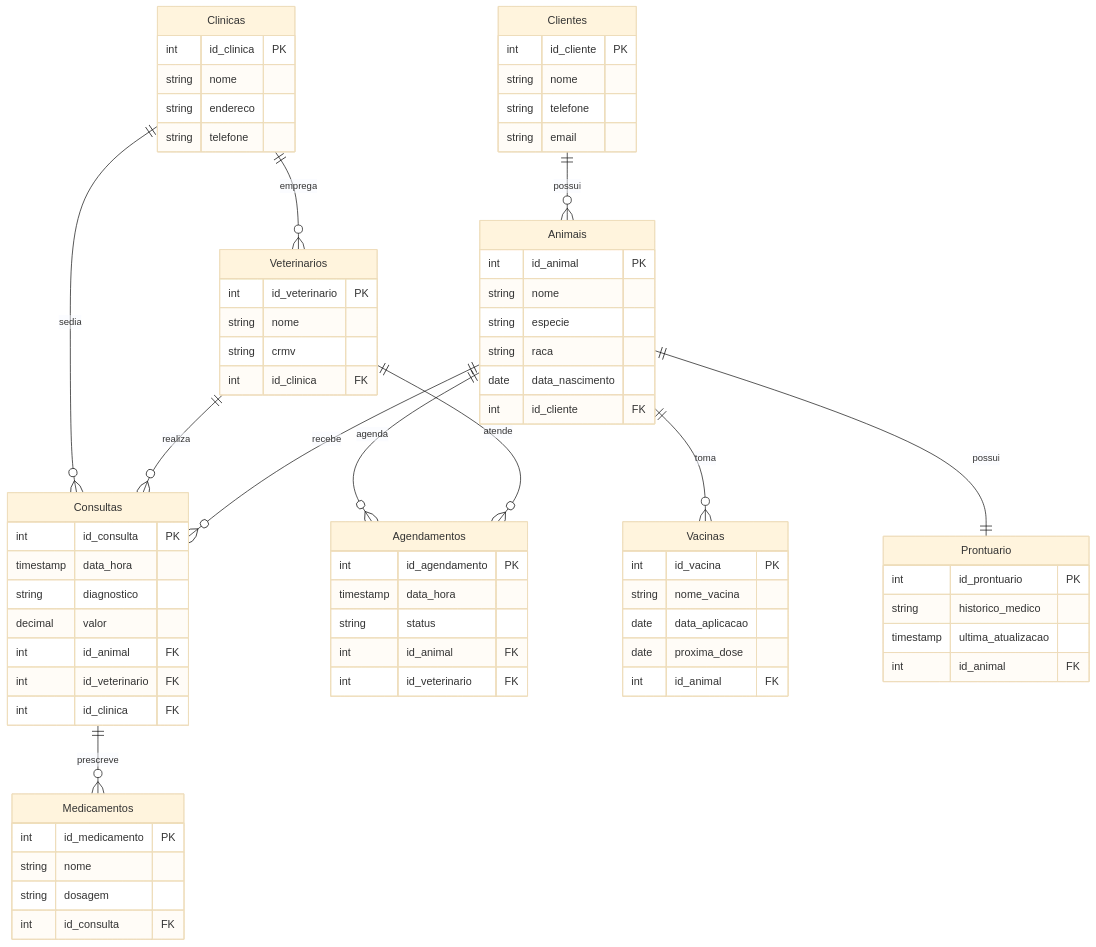
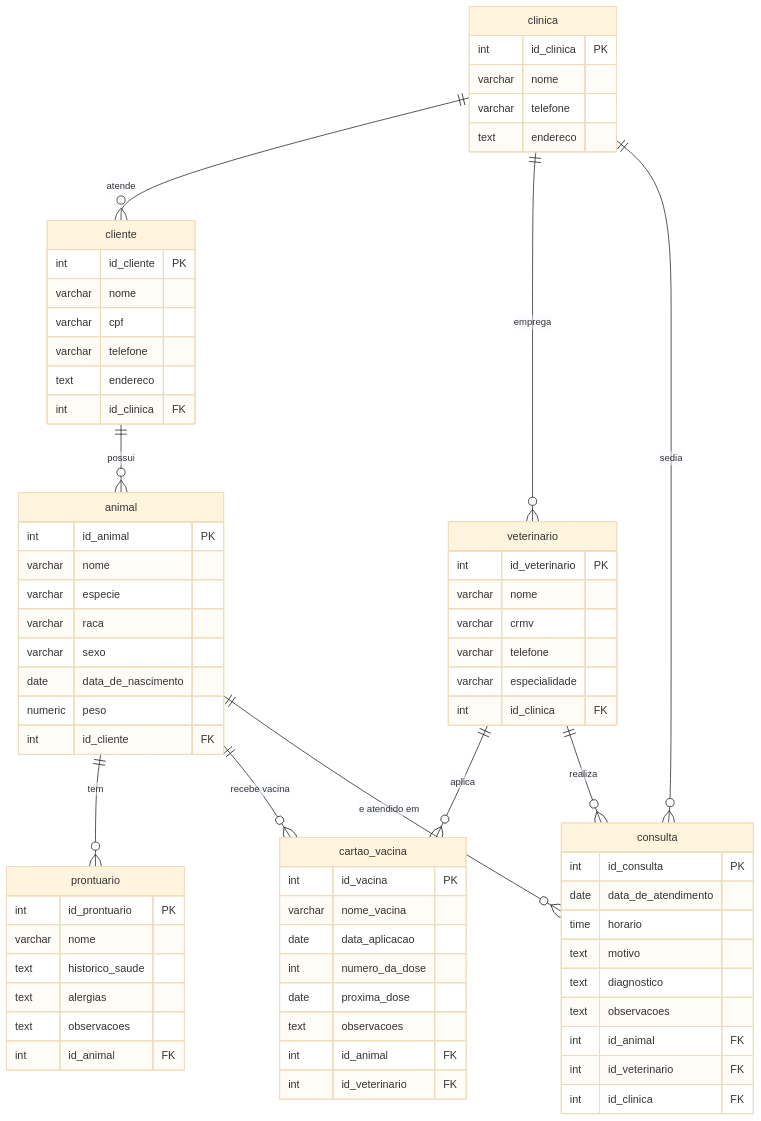
Before and after one commit to Inacioruvina/Banco-de-dados-para-veterinarias: the diagram in docs/diagrama_er.md, drawn with Mermaid (base theme). The commit also changed 11 other files, not shown here.

First line of the commit message:
Alinha schema, conexao e demais arquivos as 7 tabelas no singular

````diff
--- a/docs/diagrama_er.md
+++ b/docs/diagrama_er.md
@@ -1,87 +1,80 @@
 ```mermaid
 erDiagram
-    %% --- MÓDULO 1: CADASTRO BASE & INFRAESTRUTURA ---
-    Clinicas {
+    clinica {
         int id_clinica PK
-        string nome
-        string endereco
-        string telefone
+        varchar nome
+        varchar telefone
+        text endereco
     }
 
-    Clientes {
+    cliente {
         int id_cliente PK
-        string nome
-        string telefone
-        string email
+        varchar nome
+        varchar cpf
+        varchar telefone
+        text endereco
+        int id_clinica FK
     }
 
-    Animais {
+    veterinario {
+        int id_veterinario PK
+        varchar nome
+        varchar crmv
+        varchar telefone
+        varchar especialidade
+        int id_clinica FK
+    }
+
+    animal {
         int id_animal PK
-        string nome
-        string especie
-        string raca
-        date data_nascimento
+        varchar nome
+        varchar especie
+        varchar raca
+        varchar sexo
+        date data_de_nascimento
+        numeric peso
         int id_cliente FK
     }
 
-    %% --- MÓDULO 2: ATENDIMENTO CLÍNICO & CONSULTAS ---
-    Veterinarios {
-        int id_veterinario PK
-        string nome
-        string crmv
-        int id_clinica FK
+    prontuario {
+        int id_prontuario PK
+        varchar nome
+        text historico_saude
+        text alergias
+        text observacoes
+        int id_animal FK
     }
 
-    Consultas {
+    cartao_vacina {
+        int id_vacina PK
+        varchar nome_vacina
+        date data_aplicacao
+        int numero_da_dose
+        date proxima_dose
+        text observacoes
+        int id_animal FK
+        int id_veterinario FK
+    }
+
+    consulta {
         int id_consulta PK
-        timestamp data_hora
-        string diagnostico
-        decimal valor
+        date data_de_atendimento
+        time horario
+        text motivo
+        text diagnostico
+        text observacoes
         int id_animal FK
         int id_veterinario FK
         int id_clinica FK
     }
 
-    Medicamentos {
-        int id_medicamento PK
-        string nome
-        string dosagem
-        int id_consulta FK
-    }
-
-    %% --- MÓDULO 3: AGENDAMENTOS & AUTOMAÇÃO ---
-    Agendamentos {
-        int id_agendamento PK
-        timestamp data_hora
-        string status
-        int id_animal FK
-        int id_veterinario FK
-    }
-
-    Vacinas {
-        int id_vacina PK
-        string nome_vacina
-        date data_aplicacao
-        date proxima_dose
-        int id_animal FK
-    }
-
-    Prontuario {
-        int id_prontuario PK
-        string historico_medico
-        timestamp ultima_atualizacao
-        int id_animal FK
-    }
-
-    %% --- RELACIONAMENTOS DO BANCO ---
-    Clientes ||--o{ Animais : "possui"
-    Clinicas ||--o{ Veterinarios : "emprega"
-    Clinicas ||--o{ Consultas : "sedia"
-    Veterinarios ||--o{ Consultas : "realiza"
-    Animais ||--o{ Consultas : "recebe"
-    Consultas ||--o{ Medicamentos : "prescreve"
-    Animais ||--o{ Agendamentos : "agenda"
-    Veterinarios ||--o{ Agendamentos : "atende"
-    Animais ||--o{ Vacinas : "toma"
-    Animais ||--|| Prontuario : "possui"
+    clinica ||--o{ cliente : "atende"
+    clinica ||--o{ veterinario : "emprega"
+    clinica ||--o{ consulta : "sedia"
+    cliente ||--o{ animal : "possui"
+    animal ||--o{ prontuario : "tem"
+    animal ||--o{ cartao_vacina : "recebe vacina"
+    animal ||--o{ consulta : "e atendido em"
+    veterinario ||--o{ cartao_vacina : "aplica"
+    veterinario ||--o{ consulta : "realiza"
 ```
````
